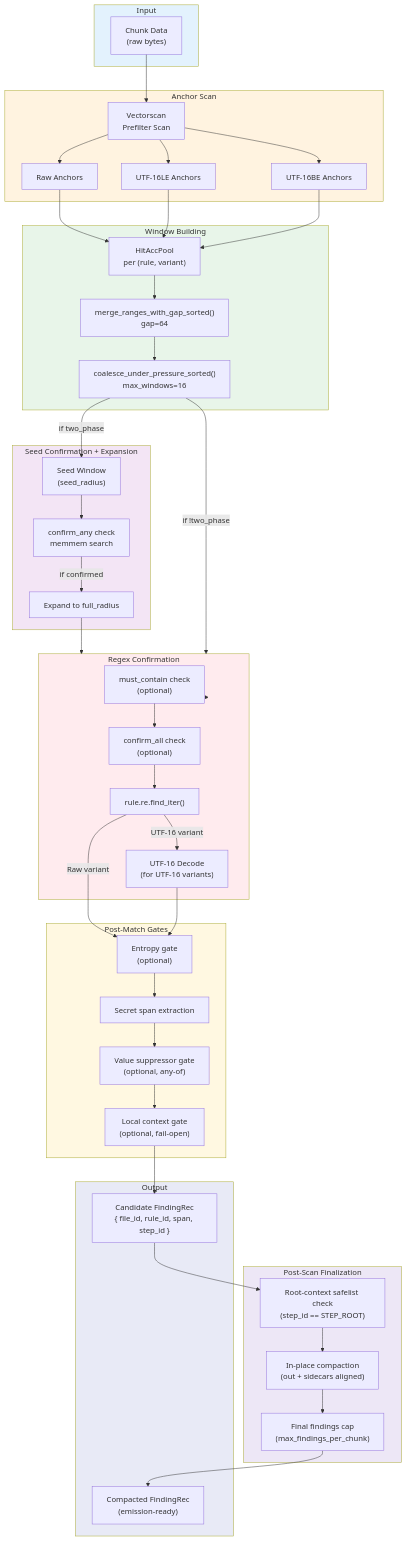
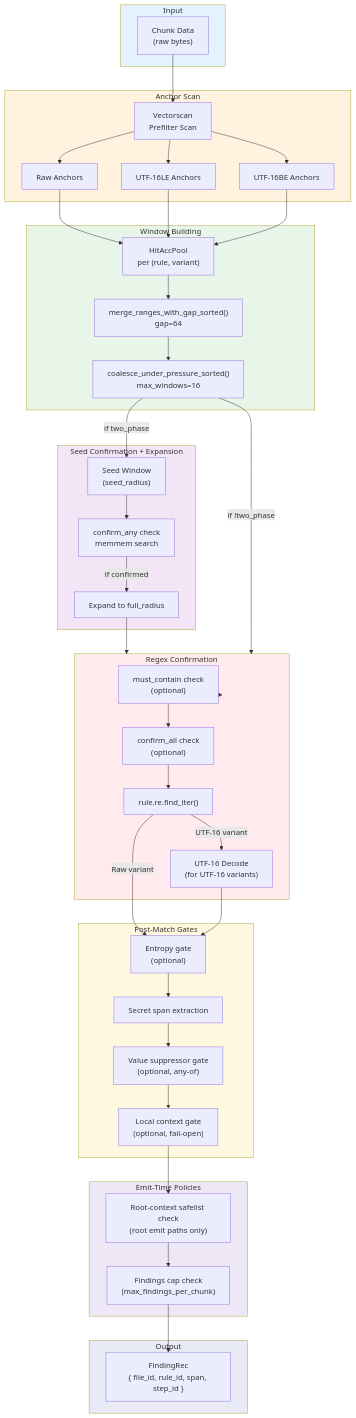
The first of 4 diagrams in docs/detection-engine.md (ahrav/scratch-scanner-rs), drawn with Mermaid before and after one commit. The commit also changed other lines of this file and 9 other files, not shown here.

Commit message:
Move safelist suppression to emit-time and remove post-scan filter

````diff
--- a/docs/detection-engine.md
+++ b/docs/detection-engine.md
@@ -41,15 +41,13 @@
         LocalCtx["Local context gate<br/>(optional, fail-open)"]
     end
 
-    subgraph PostScan["Post-Scan Finalization"]
-        Safelist["Root-context safelist check<br/>(step_id == STEP_ROOT)"]
-        Compact["In-place compaction<br/>(out + sidecars aligned)"]
-        Cap["Final findings cap<br/>(max_findings_per_chunk)"]
+    subgraph EmitPolicy["Emit-Time Policies"]
+        Safelist["Root-context safelist check<br/>(root emit paths only)"]
+        Cap["Findings cap check<br/>(max_findings_per_chunk)"]
     end
 
     subgraph Output["Output"]
-        FindingRec["Candidate FindingRec<br/>{ file_id, rule_id, span, step_id }"]
-        FinalRec["Compacted FindingRec<br/>(emission-ready)"]
+        FindingRec["FindingRec<br/>{ file_id, rule_id, span, step_id }"]
     end
 
     Chunk --> VS
@@ -81,11 +79,9 @@
     Entropy --> SecretExtract
     SecretExtract --> ValueSuppressors
     ValueSuppressors --> LocalCtx
-    LocalCtx --> FindingRec
-    FindingRec --> Safelist
-    Safelist --> Compact
-    Compact --> Cap
-    Cap --> FinalRec
+    LocalCtx --> Safelist
+    Safelist --> Cap
+    Cap --> FindingRec
 
     style Input fill:#e3f2fd
     style AnchorScan fill:#fff3e0
@@ -93,6 +89,6 @@
     style SeedConfirm fill:#f3e5f5
     style RegexConfirm fill:#ffebee
     style PostMatch fill:#fff8e1
-    style PostScan fill:#ede7f6
+    style EmitPolicy fill:#ede7f6
     style Output fill:#e8eaf6
 ```
````
